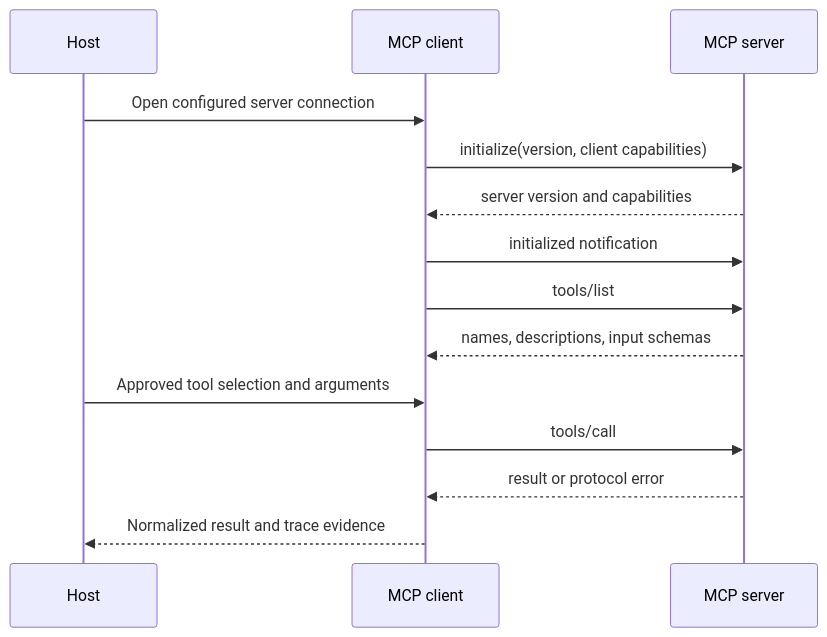
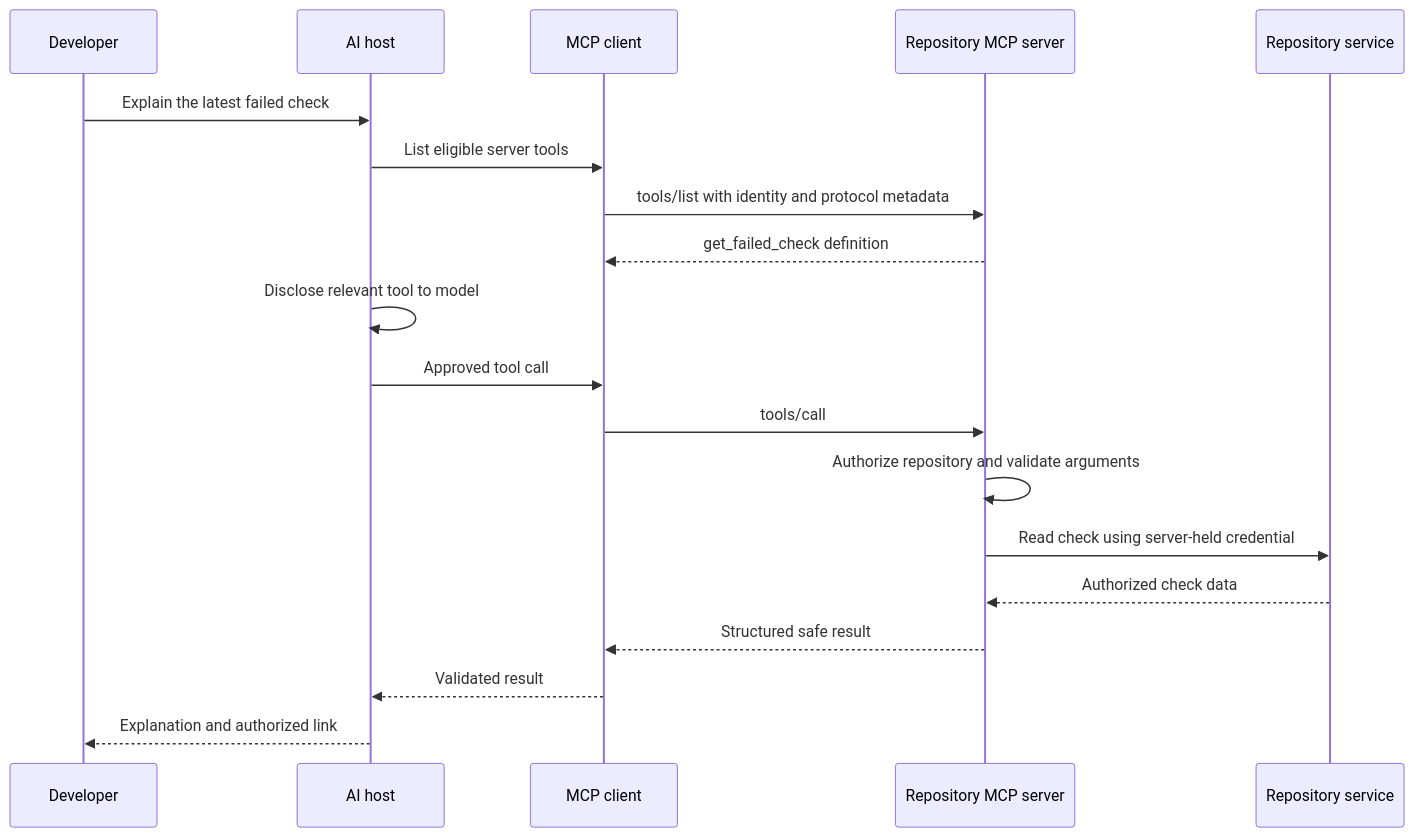
One commit to senlinyy/dev-roadmaps changed the first of 4 diagrams in roadmaps/mlops/modules/llmops/tools-and-protocols/02-mcp-tool-servers.md. Above: the diagram before and after it, drawn with Mermaid. The commit also changed other lines of this file and 198 other files, not shown here.

````diff
--- a/roadmaps/mlops/modules/llmops/tools-and-protocols/02-mcp-tool-servers.md
+++ b/roadmaps/mlops/modules/llmops/tools-and-protocols/02-mcp-tool-servers.md
@@ -64,16 +49,22 @@
 ```mermaid
 sequenceDiagram
-    participant H as Host
+    participant U as Developer
+    participant H as AI host
     participant C as MCP client
-    participant S as MCP server
-    H->>C: Open configured server connection
-    C->>S: initialize(version, client capabilities)
-    S-->>C: server version and capabilities
-    C->>S: initialized notification
-    C->>S: tools/list
-    S-->>C: names, descriptions, input schemas
-    H->>C: Approved tool selection and arguments
+    participant S as Repository MCP server
+    participant R as Repository service
+
+    U->>H: Explain the latest failed check
+    H->>C: List eligible server tools
+    C->>S: tools/list with identity and protocol metadata
+    S-->>C: get_failed_check definition
+    H->>H: Disclose relevant tool to model
+    H->>C: Approved tool call
     C->>S: tools/call
-    S-->>C: result or protocol error
-    C-->>H: Normalized result and trace evidence
+    S->>S: Authorize repository and validate arguments
+    S->>R: Read check using server-held credential
+    R-->>S: Authorized check data
+    S-->>C: Structured safe result
+    C-->>H: Validated result
+    H-->>U: Explanation and authorized link
 ```
````
